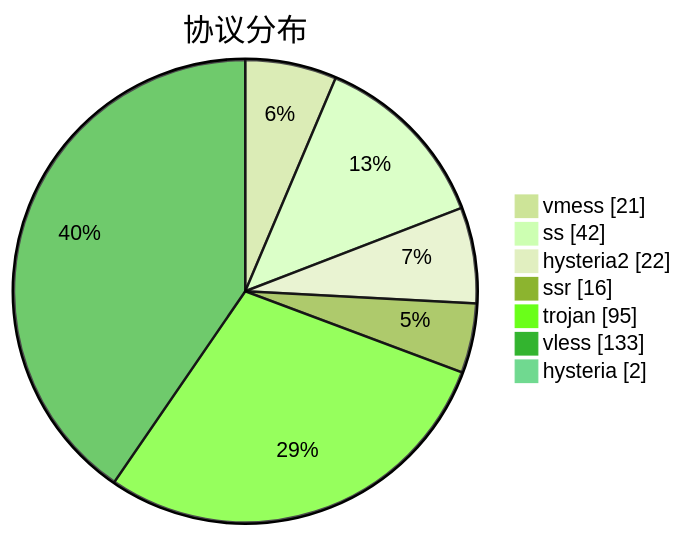
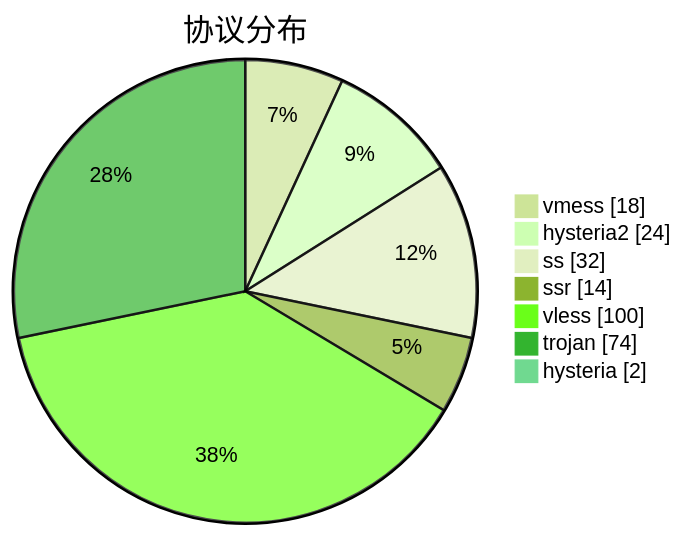
Before and after one commit to sinspired/airport: the third of 3 diagrams in subs/statistics/tested_within.md, drawn with Mermaid (forest theme). The commit also changed other lines of this file and 2 other files, not shown here.

````diff
--- a/subs/statistics/tested_within.md
+++ b/subs/statistics/tested_within.md
@@ -55,11 +52,11 @@
 ```mermaid
 pie showData
 title 协议分布
-"vmess" : 21
-"ss" : 42
-"hysteria2" : 22
-"ssr" : 16
-"trojan" : 95
-"vless" : 133
+"vmess" : 18
+"hysteria2" : 24
+"ss" : 32
+"ssr" : 14
+"vless" : 100
+"trojan" : 74
 "hysteria" : 2
 ```
````
